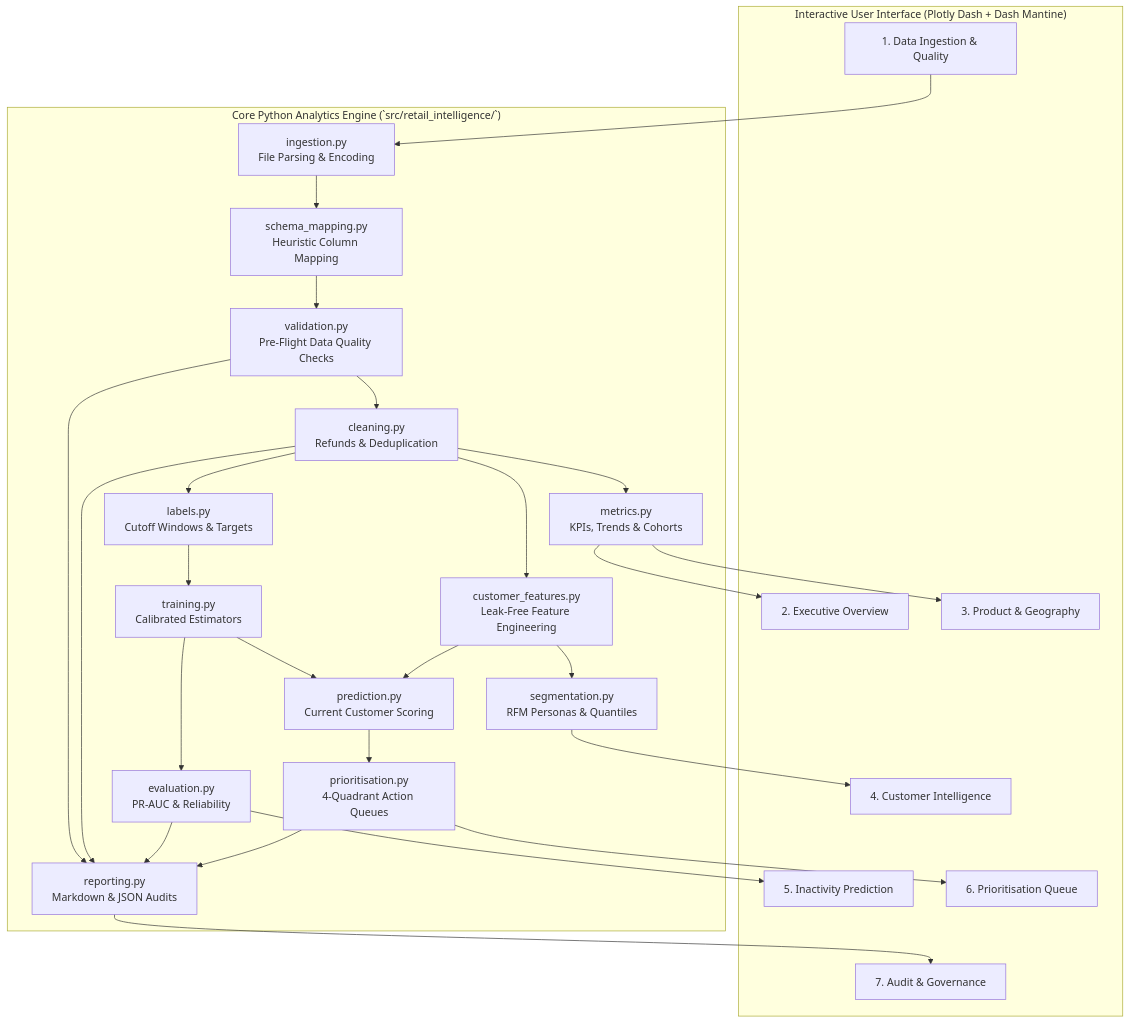
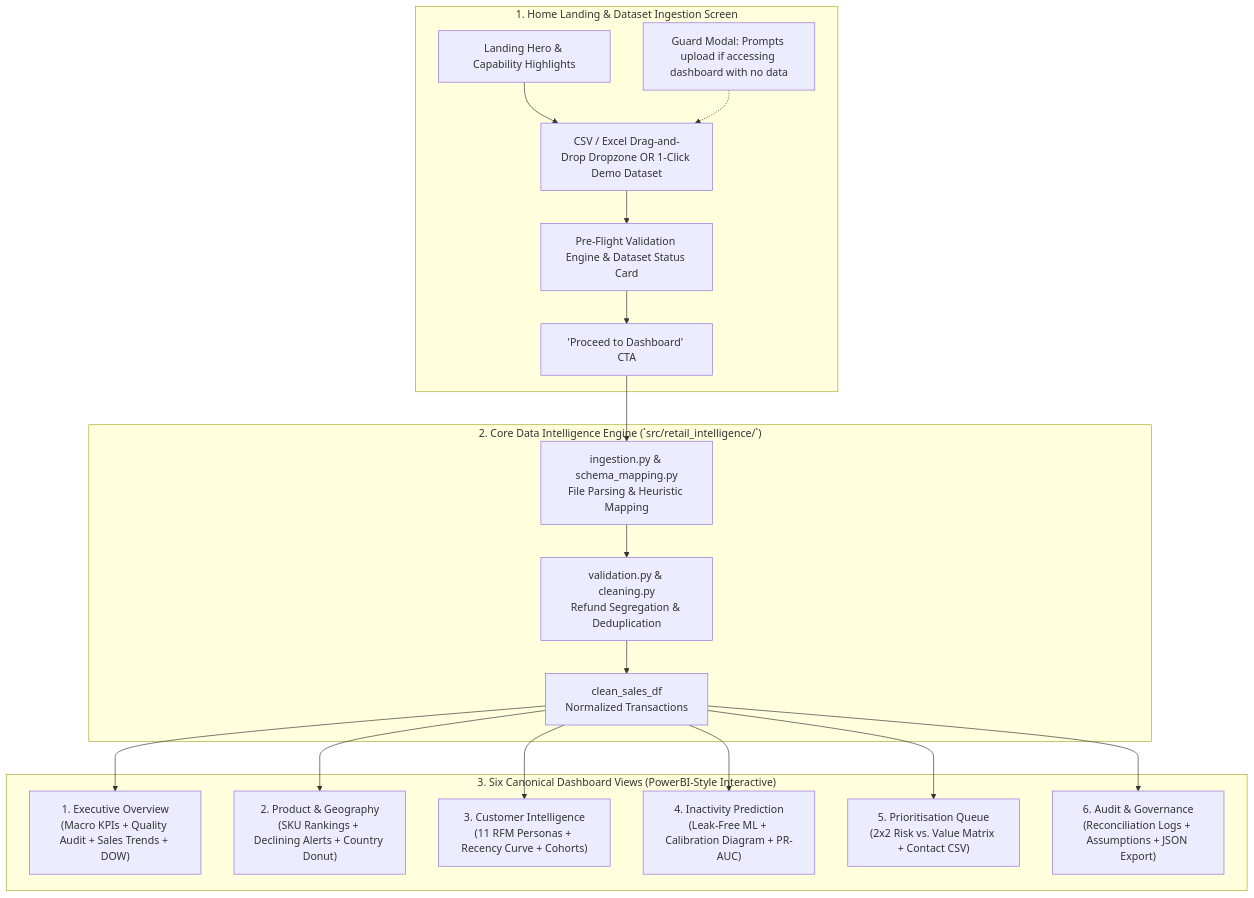
The third of 4 diagrams in RETAILIQ_MASTER_BUSINESS_AND_TECHNICAL_GUIDE.md (Velprakash0611/RetailIQ-Business-Customer-Intelligence-Platform), drawn with Mermaid before and after one commit. The commit also changed other lines of this file and 2 other files, not shown here.

````diff
--- a/RETAILIQ_MASTER_BUSINESS_AND_TECHNICAL_GUIDE.md
+++ b/RETAILIQ_MASTER_BUSINESS_AND_TECHNICAL_GUIDE.md
@@ -338,35 +345,24 @@
 ```mermaid
 flowchart TD
-    subgraph UI["Interactive User Interface (Plotly Dash + Dash Mantine)"]
-        Tab1["1. Data Ingestion & Quality"]
-        Tab2["2. Executive Overview"]
-        Tab3["3. Product & Geography"]
-        Tab4["4. Customer Intelligence"]
-        Tab5["5. Inactivity Prediction"]
-        Tab6["6. Prioritisation Queue"]
-        Tab7["7. Audit & Governance"]
+    subgraph ONBOARDING["1. Home Landing & Dataset Ingestion Screen"]
+        Landing["Landing Hero & Capability Highlights"] --> Dropzone["CSV / Excel Drag-and-Drop Dropzone OR 1-Click Demo Dataset"]
+        Dropzone --> ValidationCard["Pre-Flight Validation Engine & Dataset Status Card"]
+        ValidationCard --> ProceedBtn["'Proceed to Dashboard' CTA"]
+        GuardModal["Guard Modal: Prompts upload if accessing dashboard with no data"] -.-> Dropzone
     end
 
-    subgraph ENGINE["Core Python Analytics Engine (`src/retail_intelligence/`)"]
-        Ingest["ingestion.py<br/>File Parsing & Encoding"]
-        Schema["schema_mapping.py<br/>Heuristic Column Mapping"]
-        Val["validation.py<br/>Pre-Flight Data Quality Checks"]
-        Clean["cleaning.py<br/>Refunds & Deduplication"]
-        Metrics["metrics.py<br/>KPIs, Trends & Cohorts"]
-        Feat["customer_features.py<br/>Leak-Free Feature Engineering"]
-        Seg["segmentation.py<br/>RFM Personas & Quantiles"]
-        Label["labels.py<br/>Cutoff Windows & Targets"]
-        Train["training.py<br/>Calibrated Estimators"]
-        Eval["evaluation.py<br/>PR-AUC & Reliability"]
-        Pred["prediction.py<br/>Current Customer Scoring"]
-        Prio["prioritisation.py<br/>4-Quadrant Action Queues"]
-        Report["reporting.py<br/>Markdown & JSON Audits"]
+    subgraph ENGINE["2. Core Data Intelligence Engine (`src/retail_intelligence/`)"]
+        ProceedBtn --> Ingest["ingestion.py & schema_mapping.py<br/>File Parsing & Heuristic Mapping"]
+        Ingest --> Val["validation.py & cleaning.py<br/>Refund Segregation & Deduplication"]
+        Val --> Clean["clean_sales_df<br/>Normalized Transactions"]
     end
 
-    Tab1 --> Ingest --> Schema --> Val --> Clean
-    Clean --> Metrics --> Tab2 & Tab3
-    Clean --> Feat --> Seg --> Tab4
-    Clean --> Label --> Train --> Eval --> Tab5
-    Train & Feat --> Pred --> Prio --> Tab6
-    Val & Clean & Eval & Prio --> Report --> Tab7
+    subgraph TABS["3. Six Canonical Dashboard Views (PowerBI-Style Interactive)"]
+        Clean --> Tab1["1. Executive Overview<br/>(Macro KPIs + Quality Audit + Sales Trends + DOW)"]
+        Clean --> Tab2["2. Product & Geography<br/>(SKU Rankings + Declining Alerts + Country Donut)"]
+        Clean --> Tab3["3. Customer Intelligence<br/>(11 RFM Personas + Recency Curve + Cohorts)"]
+        Clean --> Tab4["4. Inactivity Prediction<br/>(Leak-Free ML + Calibration Diagram + PR-AUC)"]
+        Clean --> Tab5["5. Prioritisation Queue<br/>(2x2 Risk vs. Value Matrix + Contact CSV)"]
+        Clean --> Tab6["6. Audit & Governance<br/>(Reconciliation Logs + Assumptions + JSON Export)"]
+    end
 ```
````
